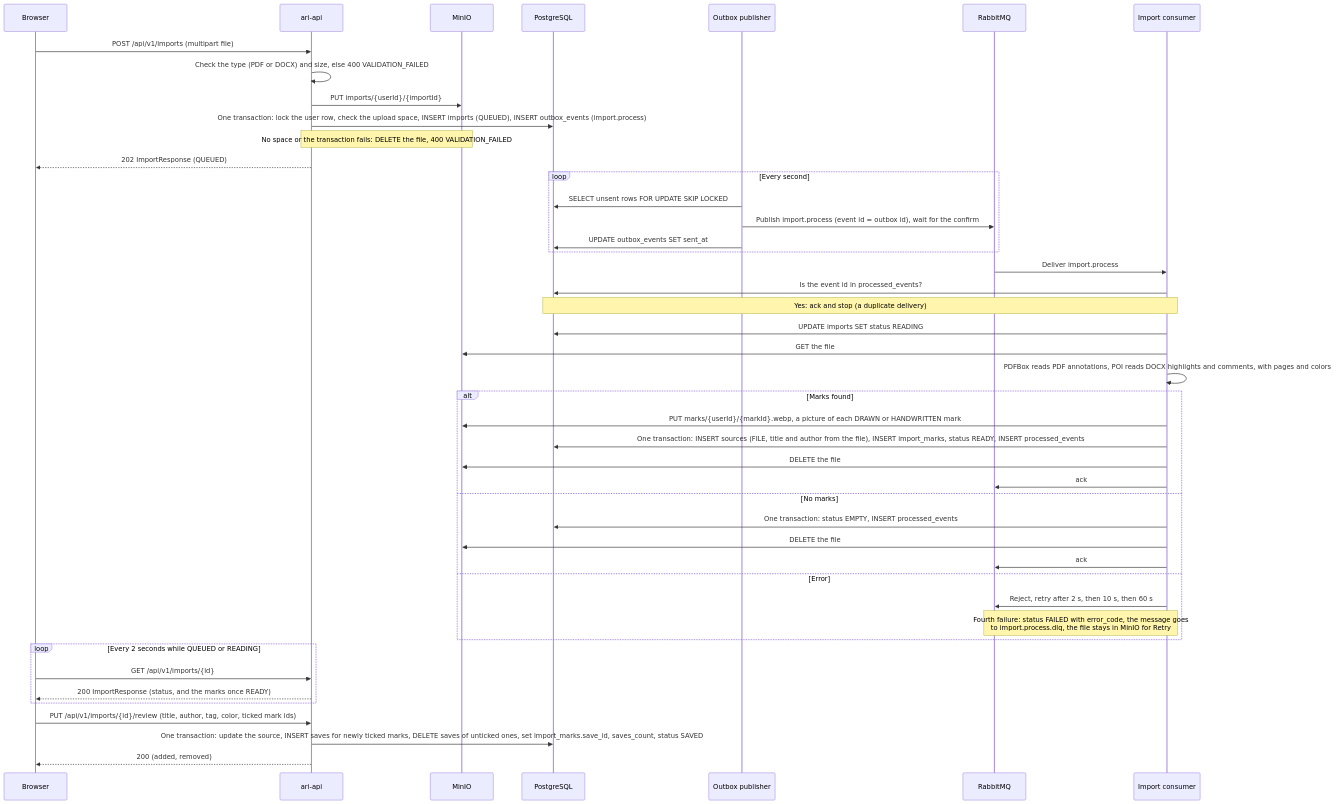
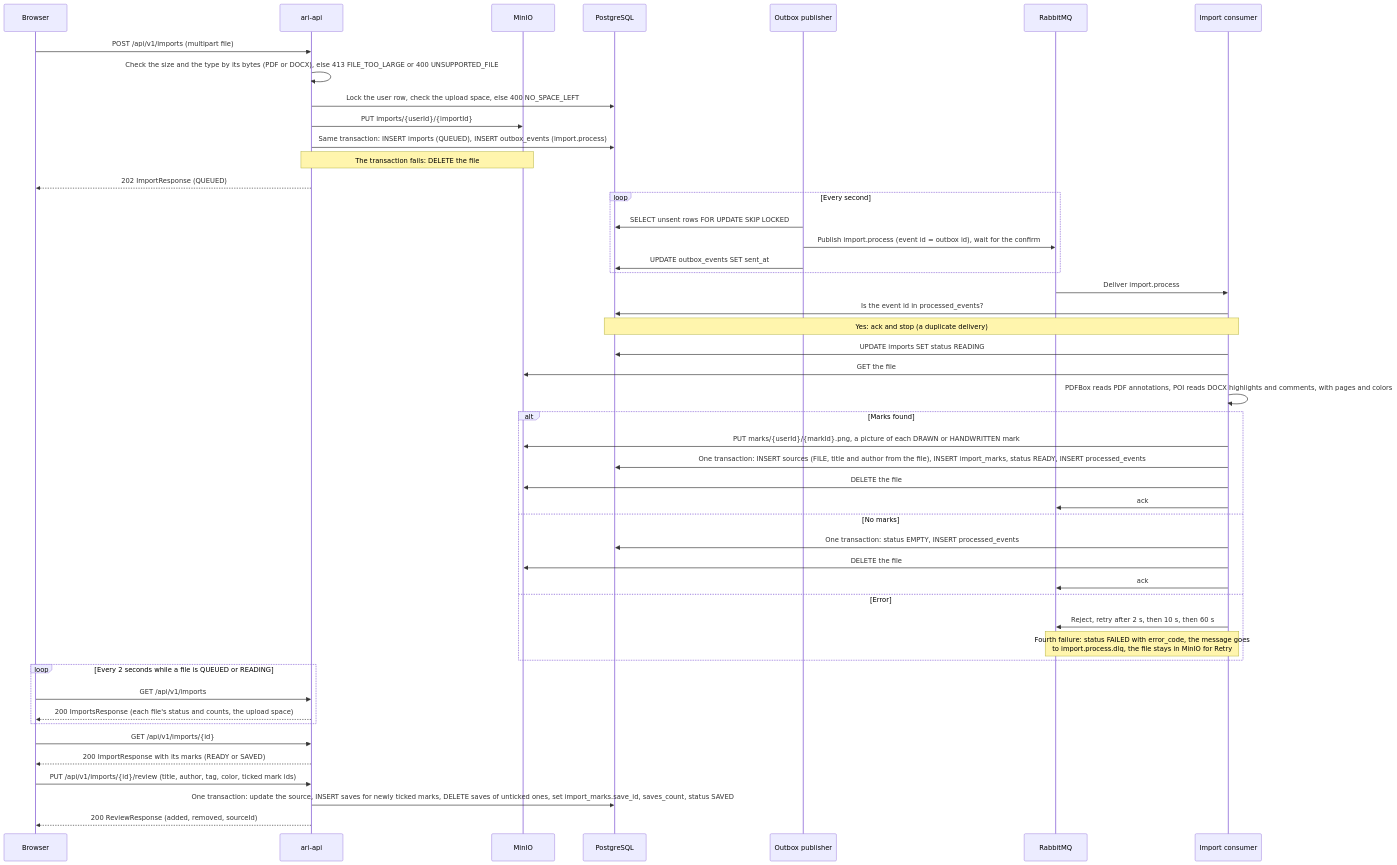
Before and after one commit to salimsalimzade/ari-api: the fifth of 12 diagrams in docs/sequences.md, drawn with Mermaid. The commit also changed other lines of this file and 87 other files, not shown here.

````diff
--- a/docs/sequences.md
+++ b/docs/sequences.md
@@ -201,47 +201,50 @@
 ```mermaid
 sequenceDiagram
   participant B as Browser
   participant A as ari-api
   participant S as MinIO
   participant D as PostgreSQL
   participant P as Outbox publisher
   participant Q as RabbitMQ
   participant C as Import consumer
   B->>A: POST /api/v1/imports (multipart file)
-  A->>A: Check the type (PDF or DOCX) and size, else 400 VALIDATION_FAILED
+  A->>A: Check the size and the type by its bytes (PDF or DOCX), else 413 FILE_TOO_LARGE or 400 UNSUPPORTED_FILE
+  A->>D: Lock the user row, check the upload space, else 400 NO_SPACE_LEFT
   A->>S: PUT imports/{userId}/{importId}
-  A->>D: One transaction: lock the user row, check the upload space, INSERT imports (QUEUED), INSERT outbox_events (import.process)
-  Note over A,S: No space or the transaction fails: DELETE the file, 400 VALIDATION_FAILED
+  A->>D: Same transaction: INSERT imports (QUEUED), INSERT outbox_events (import.process)
+  Note over A,S: The transaction fails: DELETE the file
   A-->>B: 202 ImportResponse (QUEUED)
   loop Every second
     P->>D: SELECT unsent rows FOR UPDATE SKIP LOCKED
     P->>Q: Publish import.process (event id = outbox id), wait for the confirm
     P->>D: UPDATE outbox_events SET sent_at
   end
   Q->>C: Deliver import.process
   C->>D: Is the event id in processed_events?
   Note over C,D: Yes: ack and stop (a duplicate delivery)
   C->>D: UPDATE imports SET status READING
   C->>S: GET the file
   C->>C: PDFBox reads PDF annotations, POI reads DOCX highlights and comments, with pages and colors
   alt Marks found
-    C->>S: PUT marks/{userId}/{markId}.webp, a picture of each DRAWN or HANDWRITTEN mark
+    C->>S: PUT marks/{userId}/{markId}.png, a picture of each DRAWN or HANDWRITTEN mark
     C->>D: One transaction: INSERT sources (FILE, title and author from the file), INSERT import_marks, status READY, INSERT processed_events
     C->>S: DELETE the file
     C->>Q: ack
   else No marks
     C->>D: One transaction: status EMPTY, INSERT processed_events
     C->>S: DELETE the file
     C->>Q: ack
   else Error
     C->>Q: Reject, retry after 2 s, then 10 s, then 60 s
     Note over C,Q: Fourth failure: status FAILED with error_code, the message goes<br/>to import.process.dlq, the file stays in MinIO for Retry
   end
-  loop Every 2 seconds while QUEUED or READING
-    B->>A: GET /api/v1/imports/{id}
-    A-->>B: 200 ImportResponse (status, and the marks once READY)
+  loop Every 2 seconds while a file is QUEUED or READING
+    B->>A: GET /api/v1/imports
+    A-->>B: 200 ImportsResponse (each file's status and counts, the upload space)
   end
+  B->>A: GET /api/v1/imports/{id}
+  A-->>B: 200 ImportResponse with its marks (READY or SAVED)
   B->>A: PUT /api/v1/imports/{id}/review (title, author, tag, color, ticked mark ids)
   A->>D: One transaction: update the source, INSERT saves for newly ticked marks, DELETE saves of unticked ones, set import_marks.save_id, saves_count, status SAVED
-  A-->>B: 200 (added, removed)
+  A-->>B: 200 ReviewResponse (added, removed, sourceId)
 ```
````
